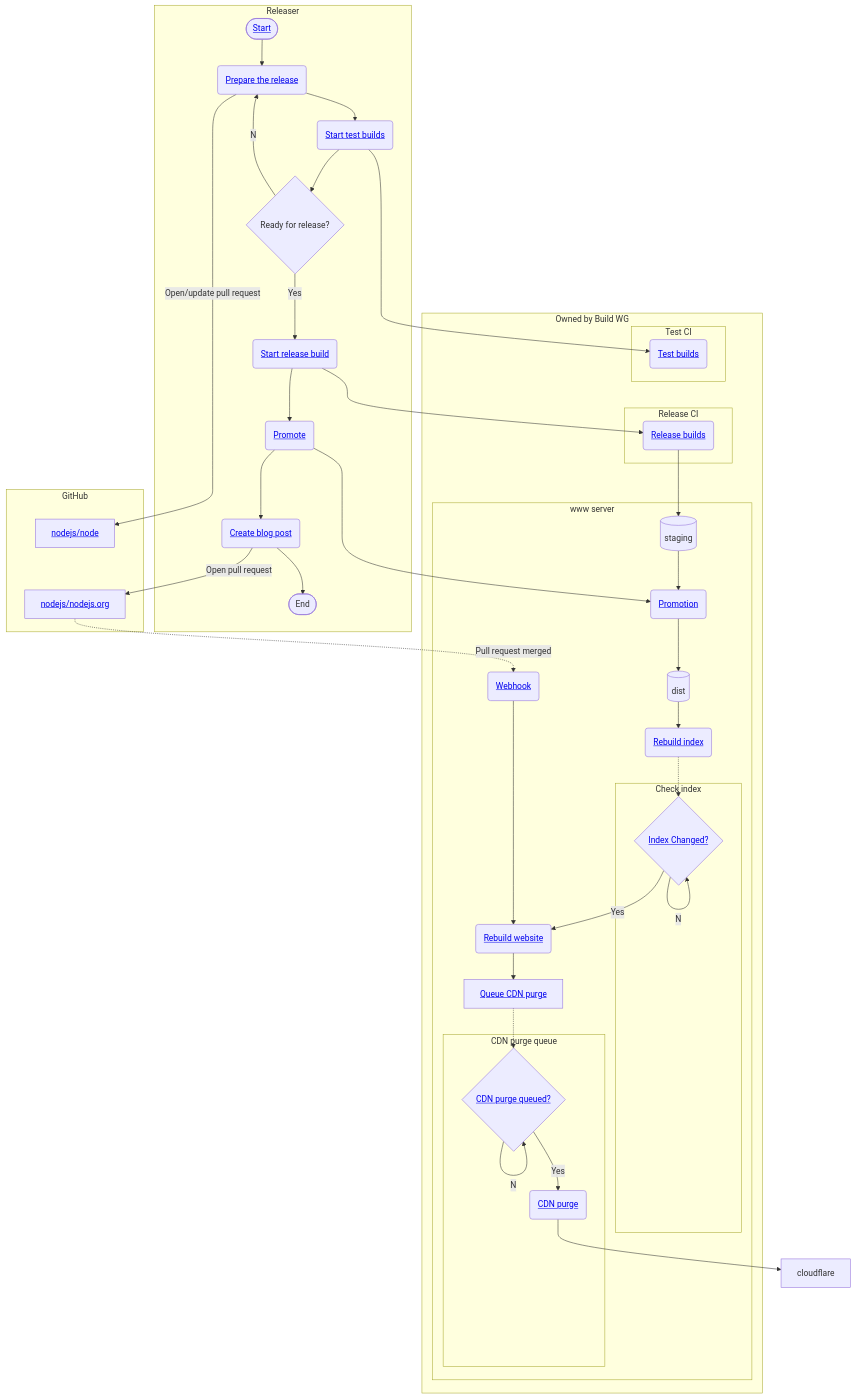
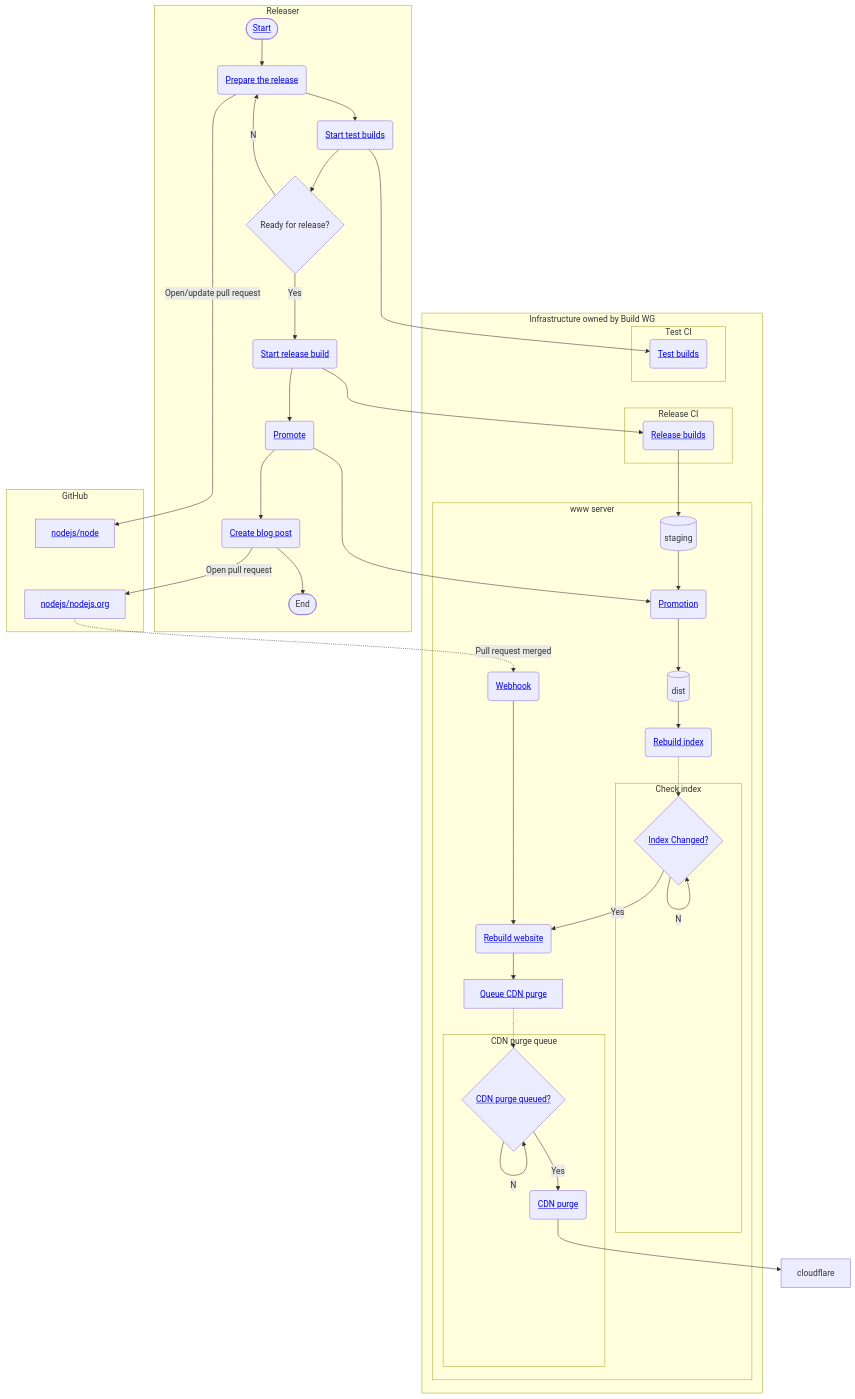
Before and after one commit to nodejs/build: the diagram in doc/release-overview.md, drawn with Mermaid. The commit also changed other lines of this file, not shown here.

Commit message:
fixup! doc: add overview for release process

````diff
--- a/doc/release-overview.md
+++ b/doc/release-overview.md
@@ -6,74 +6,74 @@
 ```mermaid
 flowchart TD
     subgraph user[Releaser]
       start([<a href='https://github.com/nodejs/node/blob/main/doc/contributing/releases.md'>Start</a>])
       prepareRelease(<a href='https://github.com/nodejs/node/blob/main/doc/contributing/releases.md#7-ensure-that-the-release-branch-is-stable'>Prepare the release</a>)
       startTestBuilds(<a href='https://github.com/nodejs/node/blob/main/doc/contributing/releases.md#7-ensure-that-the-release-branch-is-stable'>Start test builds</a>)
       readyToRelease{Ready for release?}
       
       startReleaseBuilds(<a href='https://github.com/nodejs/node/blob/main/doc/contributing/releases.md#9-produce-release-builds'>Start release build</a>)
       promote(<a href='https://github.com/nodejs/node/blob/main/tools/release.sh'>Promote</a>)
       blog(<a href='https://github.com/nodejs/nodejs.org/blob/main/scripts/release-post/index.mjs'>Create blog post</a>)
       done([End])
 
       start-->prepareRelease-->startTestBuilds-->readyToRelease
       readyToRelease--No-->prepareRelease
       readyToRelease--Yes-->startReleaseBuilds-->promote-->blog-->done
     end
     subgraph github[GitHub]
       ghCode[<a href='https://github.com/nodejs/node'>nodejs/node</a>]
       ghWebsite[<a href='https://github.com/nodejs/nodejs.org'>nodejs/nodejs.org</a>]
       
       %% This invisible link is to aid the layout of the flowchart, stacking the two repositories vertically
       ghCode ~~~ ghWebsite
     end
-    subgraph buildInfra[Owned by Build WG]
+    subgraph buildInfra[Infrastructure owned by Build WG]
     subgraph ci[Test CI]
       testBuilds(<a href='https://ci.nodejs.org/job/node-test-pull-request/'>Test builds</a>)
     end
     subgraph ci-release[Release CI]
       releaseBuilds(<a href='https://ci-release.nodejs.org/job/iojs+release/'>Release builds</a>)
     end
     subgraph www[www server]
       staging[(staging)]
       promotion(<a href='https://github.com/nodejs/build/tree/main/ansible/www-standalone/tools/promote'>Promotion</a>)
       dist[(dist)]
       rebuildIdx(<a href='https://github.com/nodejs/nodejs-dist-indexer'>Rebuild index</a>)
       rebuildWebsite(<a href='https://github.com/nodejs/build/blob/main/ansible/www-standalone/resources/scripts/build-site.sh'>Rebuild website</a>)
       queueCDN[<a href='https://github.com/nodejs/build/blob/main/ansible/www-standalone/resources/scripts/queue-cdn-purge.sh'>Queue CDN purge</a>]
       webhook(<a href='https://github.com/nodejs/build/blob/main/ansible/www-standalone/resources/config/github-webhook.json.j2'>Webhook</a>)
 
       staging-->promotion-->dist-->rebuildIdx
 
       subgraph chkIndex[Check index]
         idxChanged{<a href='https://github.com/nodejs/build/blob/main/ansible/www-standalone/resources/scripts/check-build-site.sh'>Index Changed?</a>}
 
         idxChanged--No-->idxChanged
       end
       
       rebuildIdx-.->idxChanged
       webhook-->rebuildWebsite
       idxChanged--Yes-->rebuildWebsite
       rebuildWebsite-->queueCDN-.->purgeQueued
 
       subgraph cdn[CDN purge queue]
         purgeQueued{<a href='https://github.com/nodejs/build/blob/main/ansible/www-standalone/resources/scripts/cdn-purge.sh.j2'>CDN purge queued?</a>}
         purge(<a href='https://github.com/nodejs/build/blob/main/ansible/www-standalone/resources/scripts/cdn-purge.sh.j2'>CDN purge</a>)
 
         purgeQueued--No-->purgeQueued
         purgeQueued--Yes-->purge
       end
     end
     end
     prepareRelease-->|Open/update pull request|ghCode
     startTestBuilds-->testBuilds
     startReleaseBuilds-->releaseBuilds
     ghWebsite-.->|Pull request merged|webhook
     promote-->promotion
     blog-->|Open pull request|ghWebsite
     releaseBuilds-->staging
     purge-->cloudflare
 
     %% This invisible link is to aid the layout of the flowchart, stacking the "Test CI" subgraph above the "Release CI" subgraph
     ci ~~~ ci-release
 ```
````
